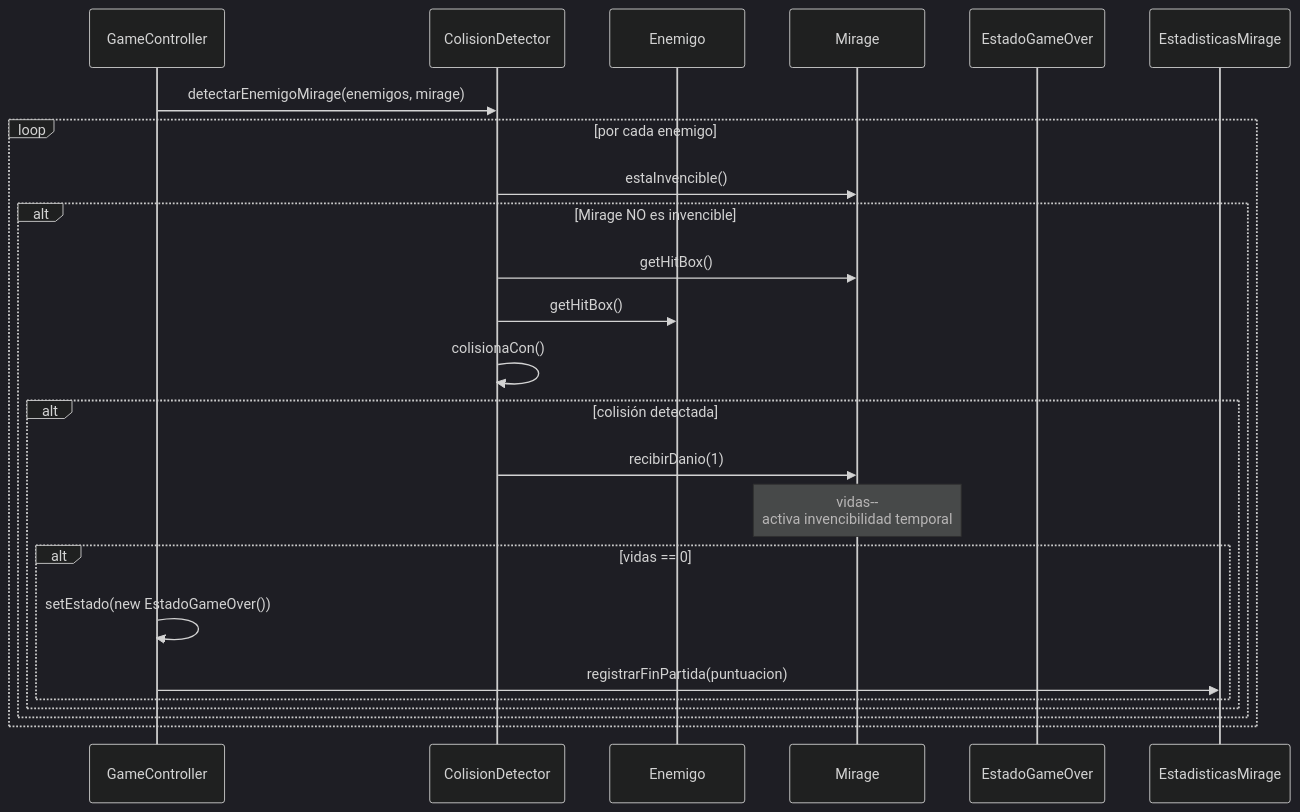
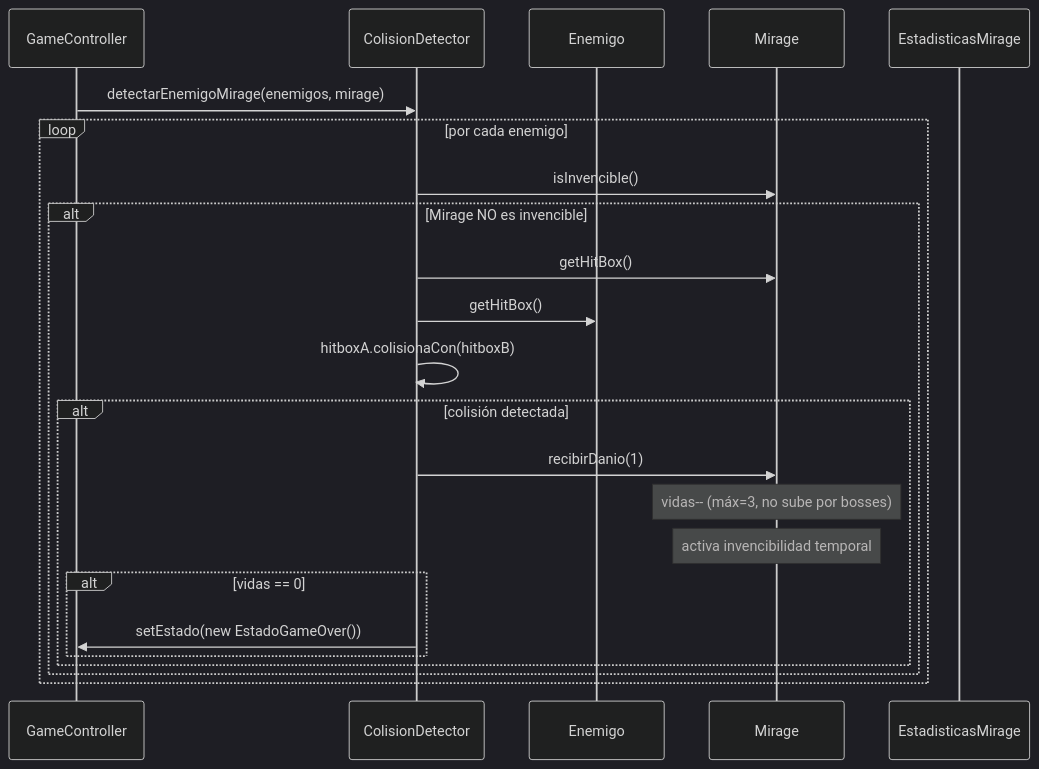
One commit to Christian-Rojas-Rodriguez/juego-1982 changed the fifth of 12 diagrams in docs/analisis/casos-de-uso.md. Above: the diagram before and after it, drawn with Mermaid (dark theme). The commit also changed other lines of this file and 3 other files, not shown here.

````diff
--- a/docs/analisis/casos-de-uso.md
+++ b/docs/analisis/casos-de-uso.md
@@ -143,26 +196,26 @@
 ```mermaid
 sequenceDiagram
     participant GameController
     participant ColisionDetector
     participant Enemigo
     participant Mirage
-    participant EstadoGameOver
+    participant EstadisticasMirage
 
     GameController->>ColisionDetector: detectarEnemigoMirage(enemigos, mirage)
     loop por cada enemigo
-        ColisionDetector->>Mirage: estaInvencible()
+        ColisionDetector->>Mirage: isInvencible()
         alt Mirage NO es invencible
             ColisionDetector->>Mirage: getHitBox()
             ColisionDetector->>Enemigo: getHitBox()
-            ColisionDetector->>ColisionDetector: colisionaCon()
+            ColisionDetector->>ColisionDetector: hitboxA.colisionaCon(hitboxB)
             alt colisión detectada
                 ColisionDetector->>Mirage: recibirDanio(1)
-                Note over Mirage: vidas--<br/>activa invencibilidad temporal
+                Note over Mirage: vidas-- (máx=3, no sube por bosses)
+                Note over Mirage: activa invencibilidad temporal
                 alt vidas == 0
-                    GameController->>GameController: setEstado(new EstadoGameOver())
-                    GameController->>EstadisticasMirage: registrarFinPartida(puntuacion)
+                    ColisionDetector->>GameController: setEstado(new EstadoGameOver())
                 end
             end
         end
     end
 ```
````
